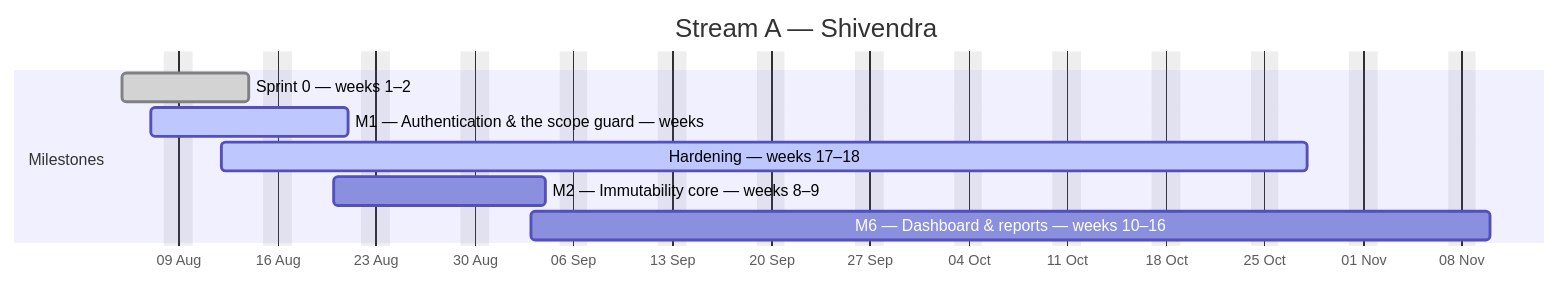
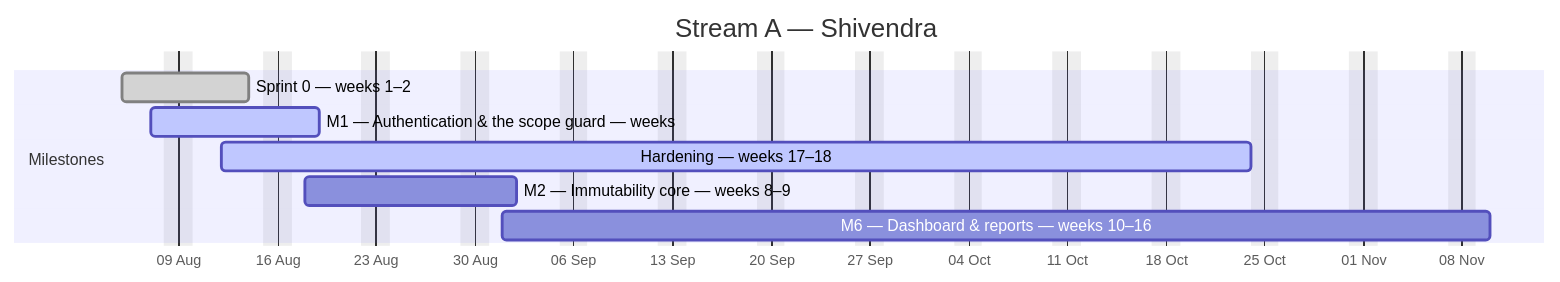
One commit to debashisedunext/EduTrack changed the first of 4 diagrams in docs/plan/GANTT.md. Above: the diagram before and after it, drawn with Mermaid. The commit also changed other lines of this file and 3 other files, not shown here.

````diff
--- a/docs/plan/GANTT.md
+++ b/docs/plan/GANTT.md
@@ -128,13 +128,13 @@
 ```mermaid
 gantt
     dateFormat YYYY-MM-DD
     axisFormat %d %b
     title Stream A — Shivendra
     excludes weekends
     section Milestones
     Sprint 0 — weeks 1–2 :done, a0, 2026-08-05, 7d
-    M1 — Authentication & the scope guard — weeks :active, a1, 2026-08-07, 10d
-    Hardening — weeks 17–18 :active, a2, 2026-08-12, 55d
-    M2 — Immutability core — weeks 8–9 :a3, 2026-08-20, 11d
-    M6 — Dashboard & reports — weeks 10–16 :a4, 2026-09-03, 48d
+    M1 — Authentication & the scope guard — weeks :active, a1, 2026-08-07, 8d
+    Hardening — weeks 17–18 :active, a2, 2026-08-12, 53d
+    M2 — Immutability core — weeks 8–9 :a3, 2026-08-18, 11d
+    M6 — Dashboard & reports — weeks 10–16 :a4, 2026-09-01, 50d
 ```
````
